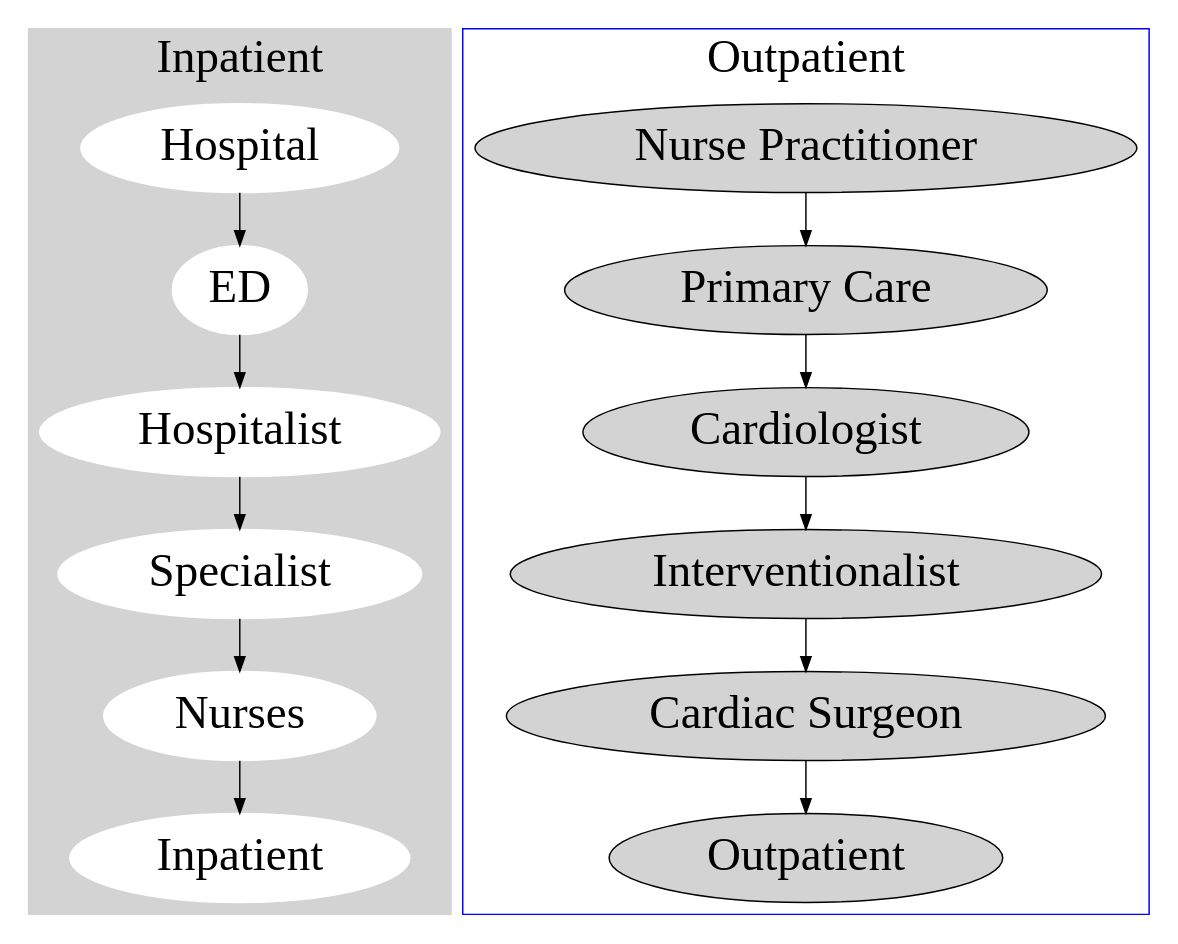
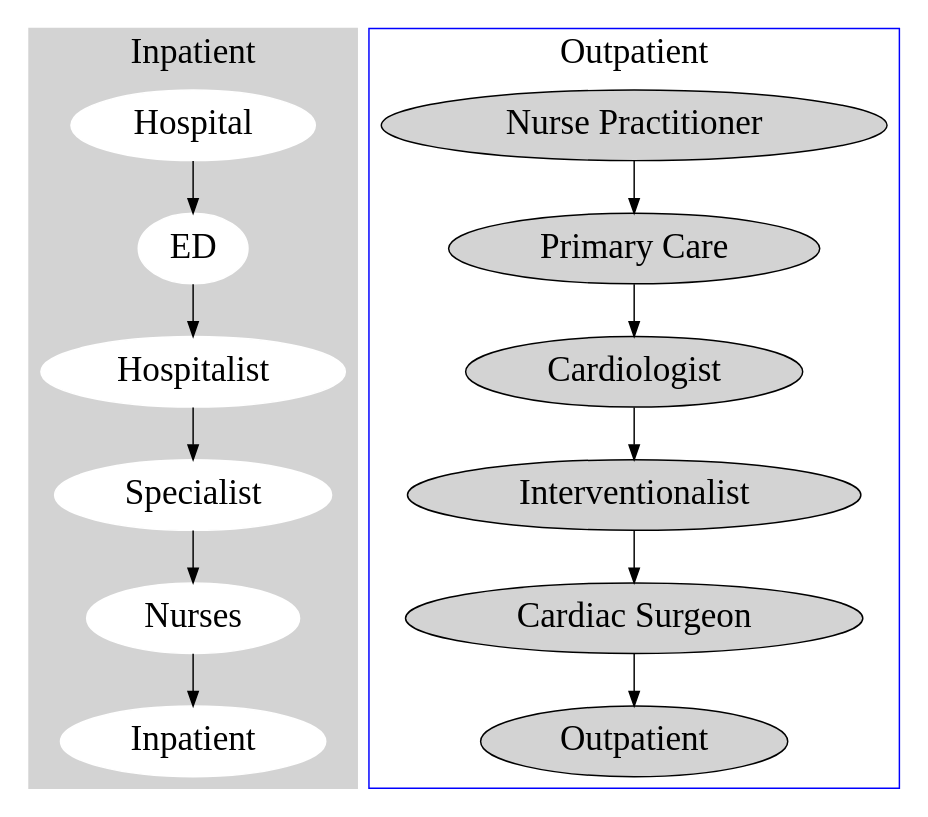
One commit to jazzwang/snippet changed the diagram in revealjs_slides/2019-09-02_Virtical_Integration_in_Healthcare.md. Above: the diagram before and after it, drawn with Graphviz. The commit also changed other lines of this file and 1 other file, not shown here.

````diff
--- a/revealjs_slides/2019-09-02_Virtical_Integration_in_Healthcare.md
+++ b/revealjs_slides/2019-09-02_Virtical_Integration_in_Healthcare.md
@@ -120,29 +126,29 @@
 ```dot
 digraph G {
 	subgraph cluster_0 {
 		style=filled;
 		color=lightgrey;
-    fontsize=32
-		node [style=filled,color=white,fontsize=32];
+    fontsize=24
+		node [style=filled,color=white,fontsize=24];
 		label = "Inpatient";
     "Hospital" -> "ED";
     "ED" -> "Hospitalist";
     "Hospitalist" -> "Specialist";
     "Specialist" -> "Nurses";
     "Nurses" -> "Inpatient";
 	}
 
 	subgraph cluster_1 {
-		node [style=filled,fontsize=32];
+		node [style=filled,fontsize=24];
 		label = "Outpatient";
 		color=blue;
-    fontsize=32
+    fontsize=24
 
     "Nurse Practitioner" -> "Primary Care";
     "Primary Care" -> "Cardiologist";
     "Cardiologist" -> "Interventionalist";
     "Interventionalist" -> "Cardiac Surgeon";
     "Cardiac Surgeon" -> "Outpatient";
 	}
 }
 ```
````
